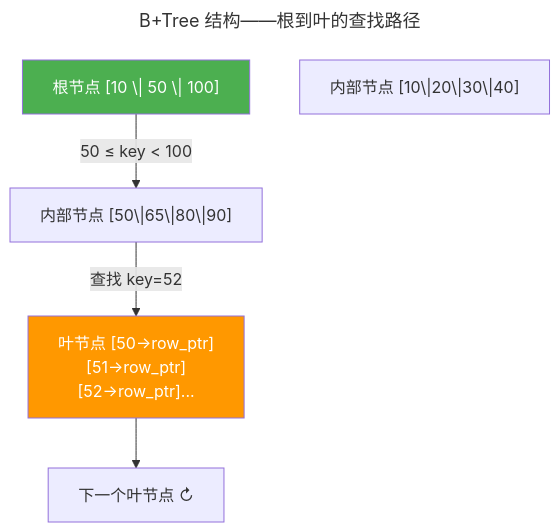
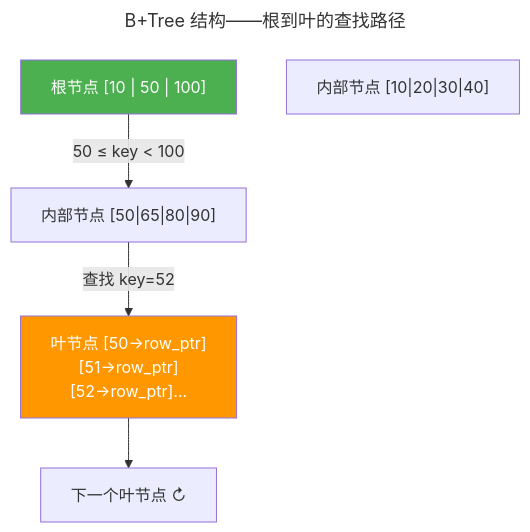
The diagram in src/content/docs/04-yuanhai/01-relational-database.md (yadayanxue/silicon-strides), drawn with Mermaid before and after one commit. The commit also changed other lines of this file and 14 other files, not shown here.

````diff
--- a/src/content/docs/04-yuanhai/01-relational-database.md
+++ b/src/content/docs/04-yuanhai/01-relational-database.md
@@ -18,18 +18,18 @@
 ```mermaid
 ---
 title: B+Tree 结构——根到叶的查找路径
 ---
 graph TD
-    ROOT["根节点 [10 \| 50 \| 100]"]
-    INT1["内部节点 [10\|20\|30\|40]"]
-    INT2["内部节点 [50\|65\|80\|90]"]
+    ROOT["根节点 [10 | 50 | 100]"]
+    INT1["内部节点 [10|20|30|40]"]
+    INT2["内部节点 [50|65|80|90]"]
     LEAF["叶节点 [50→row_ptr]<br/>[51→row_ptr]<br/>[52→row_ptr]..."]
     NEXT["下一个叶节点 ↻"]
 
     ROOT -->|"50 ≤ key < 100"| INT2
     INT2 -->|"查找 key=52"| LEAF
     LEAF --> NEXT
 
     style ROOT fill:#4caf50,color:#fff
     style LEAF fill:#ff9800,color:#fff
 ```
````
